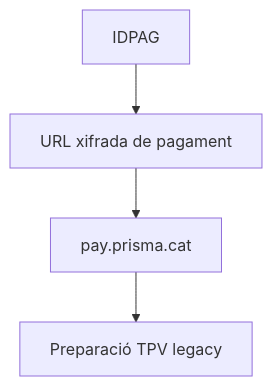
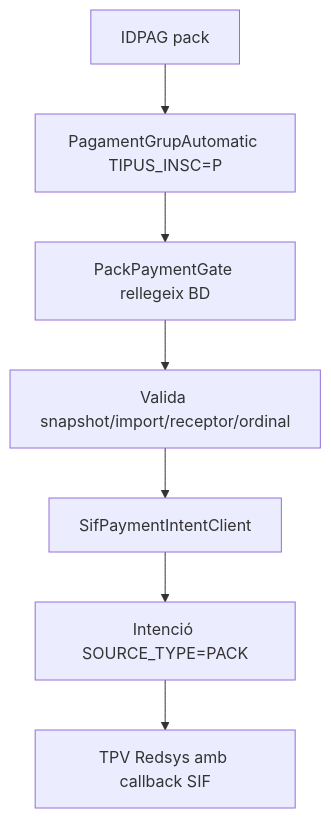
The ninth of 20 diagrams in documentacio/07-uml-integrat/uc-015-activitats-pagines-pack-actual-final.md (orgmeriemprismacat-del/verifactu), drawn with Mermaid before and after one commit. The commit also changed other lines of this file, not shown here.

````diff
--- a/documentacio/07-uml-integrat/uc-015-activitats-pagines-pack-actual-final.md
+++ b/documentacio/07-uml-integrat/uc-015-activitats-pagines-pack-actual-final.md
@@ -123,6 +123,9 @@
 ```mermaid
 flowchart TD
-A[IDPAG] --> B[URL xifrada de pagament]
-B --> C[pay.prisma.cat]
-C --> D[Preparació TPV legacy]
+A[IDPAG pack] --> B[PagamentGrupAutomatic TIPUS_INSC=P]
+B --> C[PackPaymentGate rellegeix BD]
+C --> D[Valida snapshot/import/receptor/ordinal]
+D --> E[SifPaymentIntentClient]
+E --> F[Intenció SOURCE_TYPE=PACK]
+F --> G[TPV Redsys amb callback SIF]
 ```
````
